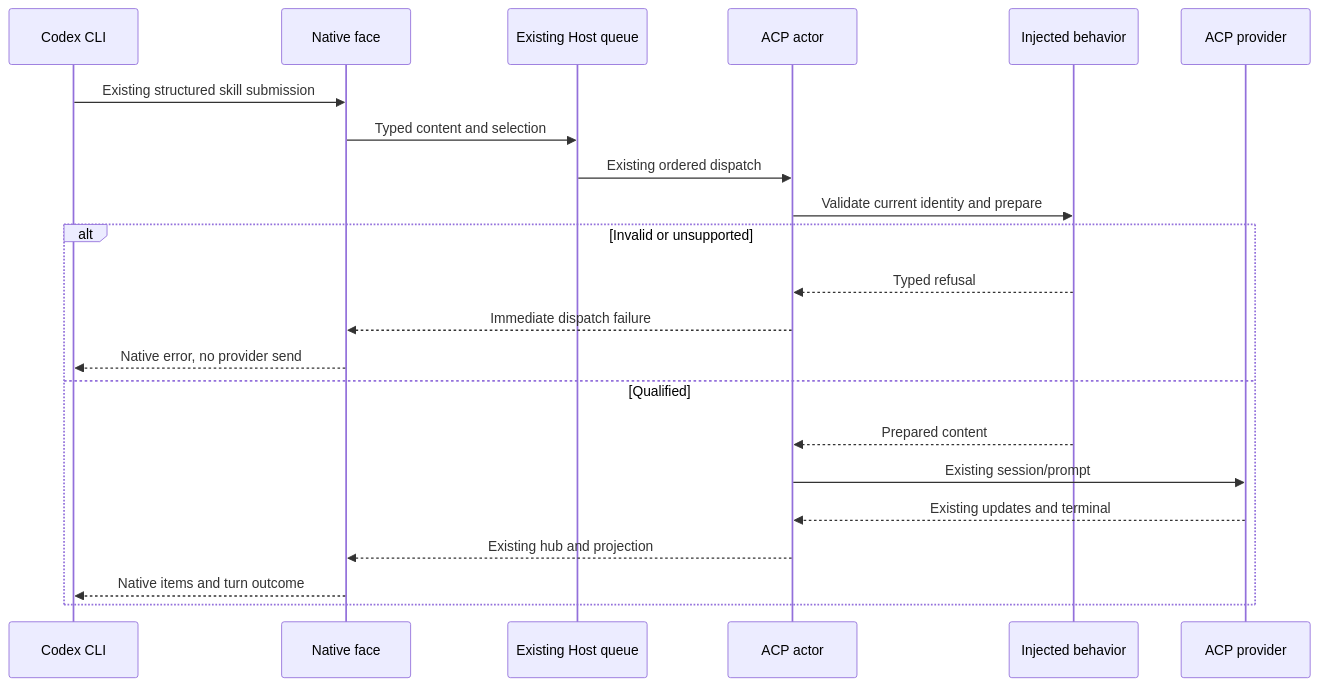
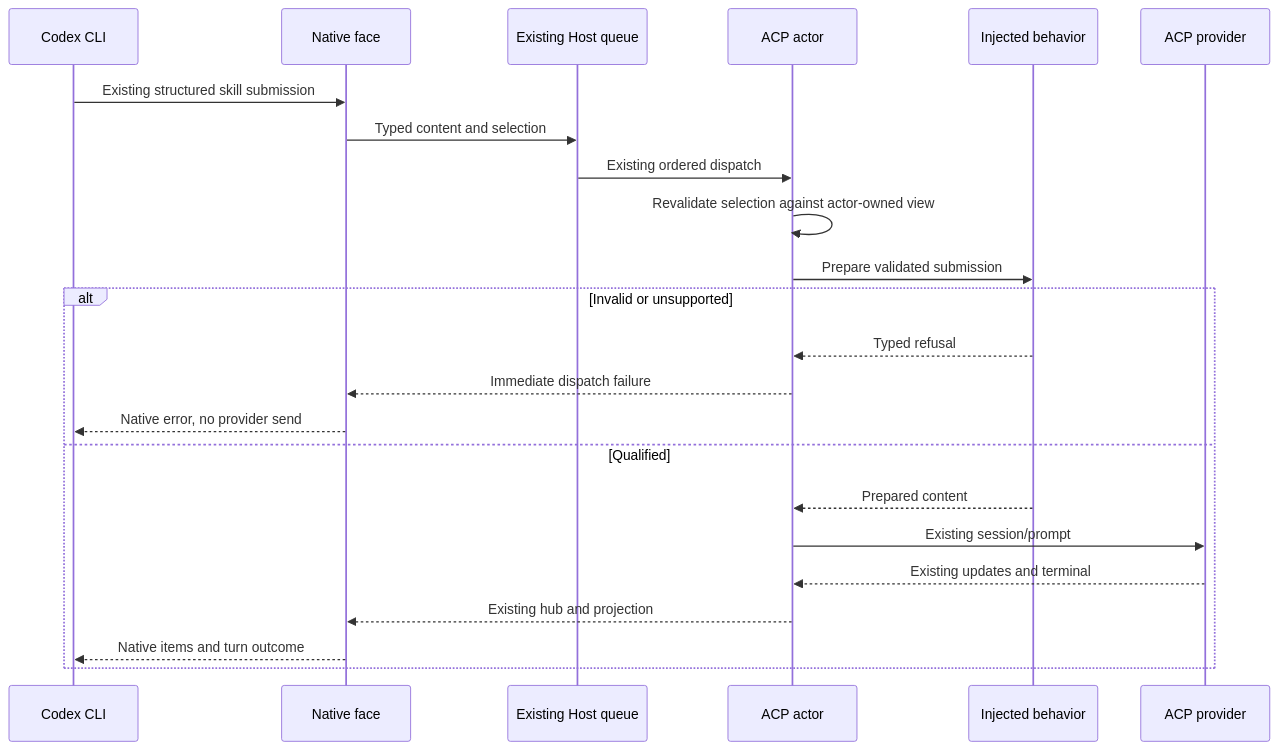
The second of 4 diagrams in docs/specs/2026-10-28-codex-acp-providers/program-design.md (agent-collaboration/agent-collaboration), drawn with Mermaid before and after one commit. The commit also changed other lines of this file and 12 other files, not shown here.

````diff
--- a/docs/specs/2026-10-28-codex-acp-providers/program-design.md
+++ b/docs/specs/2026-10-28-codex-acp-providers/program-design.md
@@ -106,24 +135,25 @@
 ```mermaid
 sequenceDiagram
   participant C as Codex CLI
   participant F as Native face
   participant H as Existing Host queue
   participant A as ACP actor
   participant B as Injected behavior
   participant P as ACP provider
   C->>F: Existing structured skill submission
   F->>H: Typed content and selection
   H->>A: Existing ordered dispatch
-  A->>B: Validate current identity and prepare
+  A->>A: Revalidate selection against actor-owned view
+  A->>B: Prepare validated submission
   alt Invalid or unsupported
     B-->>A: Typed refusal
     A-->>F: Immediate dispatch failure
     F-->>C: Native error, no provider send
   else Qualified
     B-->>A: Prepared content
     A->>P: Existing session/prompt
     P-->>A: Existing updates and terminal
     A-->>F: Existing hub and projection
     F-->>C: Native items and turn outcome
   end
 ```
````
